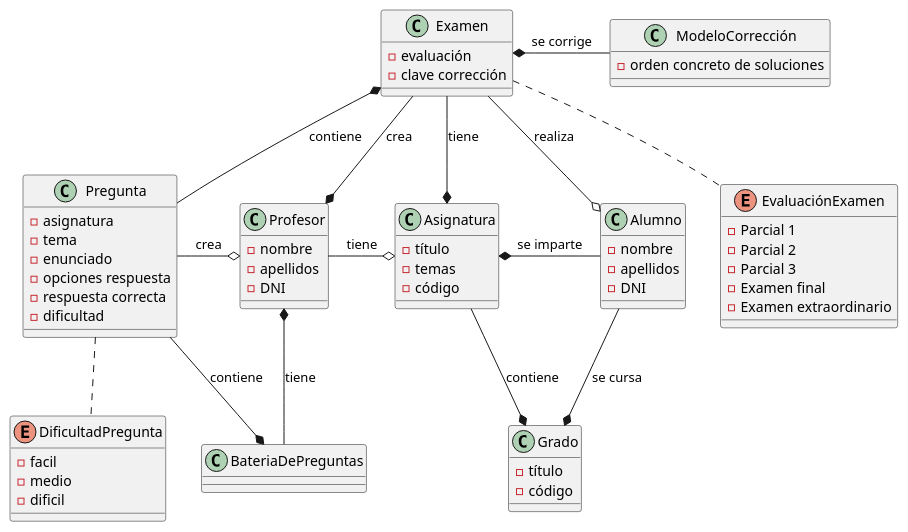
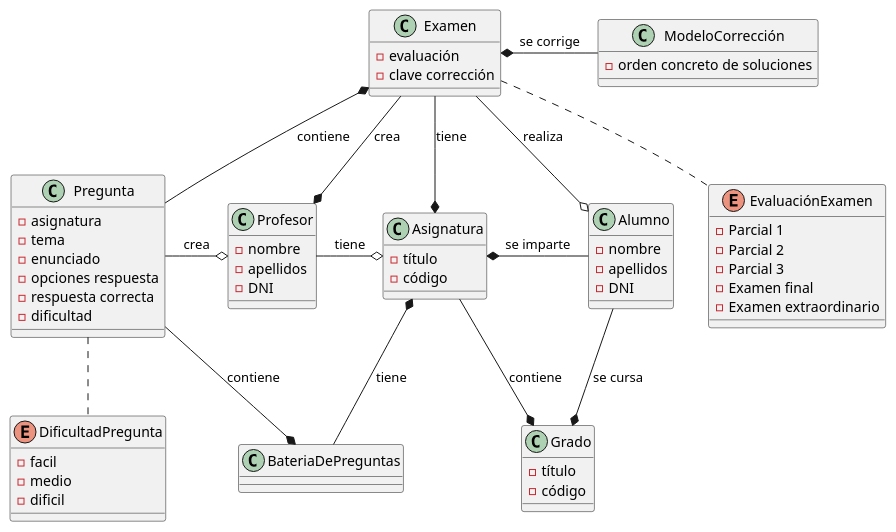
Before and after one commit to martinlopez7/25-26-IdSw1-SdR: the diagram in documents/modelos/diagramas/diagramaEntidad/diagramaEntidad.puml, drawn with PlantUML. The commit also changed 2 other files, not shown here.

Commit message:
fix(mdd): elimina atributo "temas" de asignatura, cambia relacion profesor-bateria por asignatura-bateria, actualiza svg del diagrama, y modifica la documentacion de las relaciones [refs #21]

```diff
--- a/documents/modelos/diagramas/diagramaEntidad/diagramaEntidad.puml
+++ b/documents/modelos/diagramas/diagramaEntidad/diagramaEntidad.puml
@@ -1,67 +1,66 @@
 @startuml
 
 class Examen{
  - evaluación
  - clave corrección
 }
 class Asignatura{
  - título
- - temas
  - código
 }
 class Pregunta{
  - asignatura
  - tema
  - enunciado
  - opciones respuesta
  - respuesta correcta
  - dificultad
 }
 class BateriaDePreguntas{
 }
 class ModeloCorrección{
  - orden concreto de soluciones
 }
 class Grado{
  - título
  - código
 }
 class Profesor{
  - nombre
  - apellidos
  - DNI
 }
 class Alumno{
  - nombre
  - apellidos
  - DNI
 }
 enum EvaluaciónExamen{
  - Parcial 1
  - Parcial 2
  - Parcial 3
  - Examen final
  - Examen extraordinario
 }
 enum DificultadPregunta{
  - facil
  - medio
  - dificil
 }
 
 Examen .. EvaluaciónExamen
 Pregunta -u-* Examen : contiene
 Pregunta .. DificultadPregunta
 Examen *-r- ModeloCorrección : se corrige
 Profesor o-l- Pregunta : crea
 Profesor *-u- Examen : crea
-Profesor *-- BateriaDePreguntas : tiene
+Asignatura *-- BateriaDePreguntas : tiene
 BateriaDePreguntas *-u- Pregunta : contiene
 Asignatura *-u- Examen : tiene 
 Asignatura o-l- Profesor : tiene  
 Grado *-u- Asignatura: contiene 
 Alumno o-u- Examen : realiza 
 Asignatura *-r- Alumno : se imparte 
 Grado *-u- Alumno : se cursa
 
 @enduml
```
